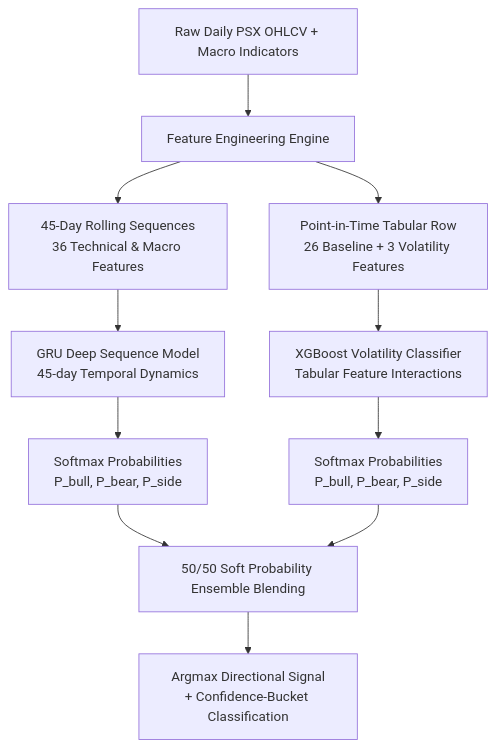
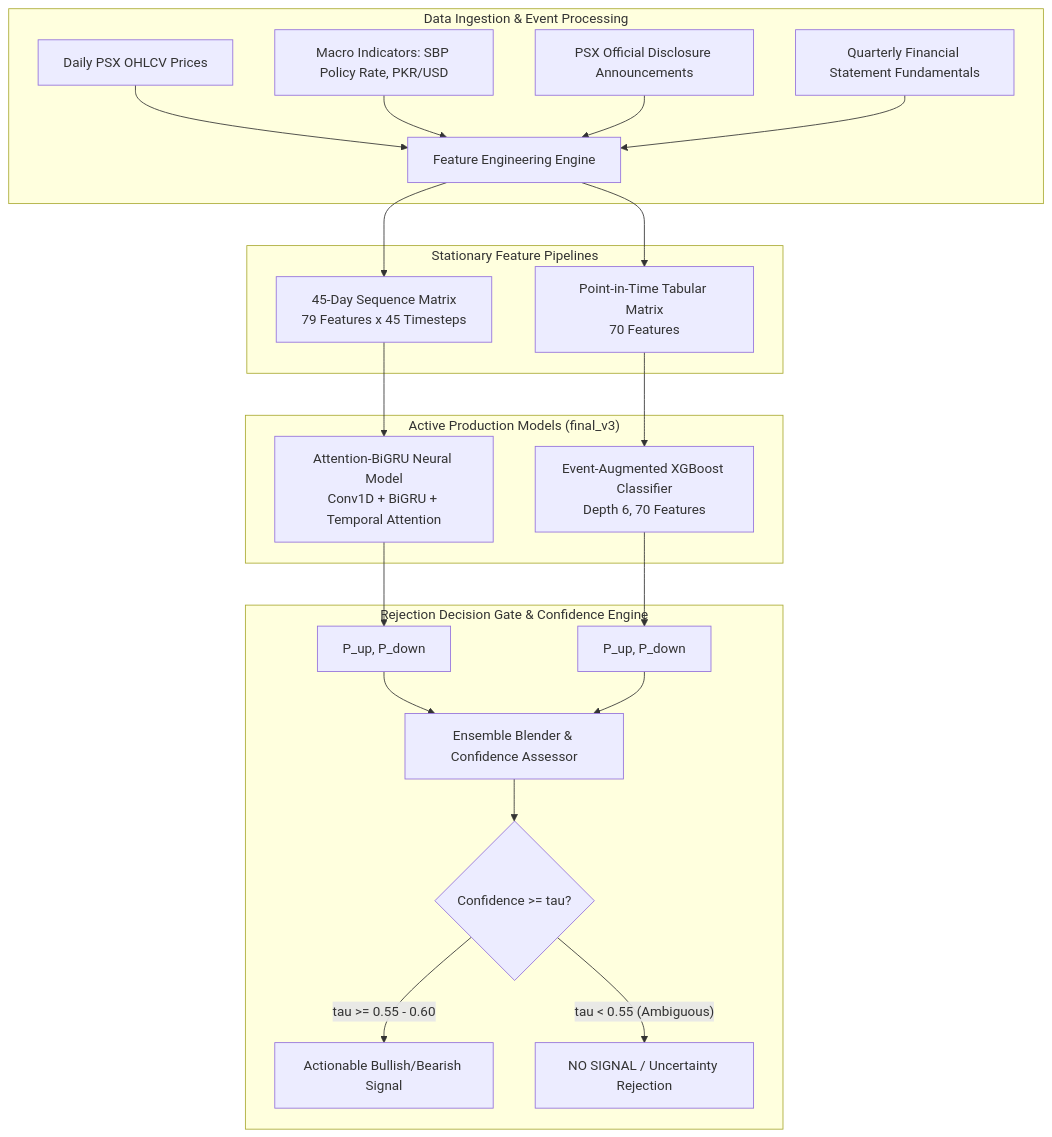
Before and after one commit to iahmedd-k/Basarat-fyp-official: the diagram in backend/docs/model-training.md, drawn with Mermaid. The commit also changed other lines of this file and 107 other files, not shown here.

Commit message:
fix(backend): resolve fundamentals peer sorting 503, bump cache to v12, purge obsolete research/models, and upgrade live swagger auditor

````diff
--- a/backend/docs/model-training.md
+++ b/backend/docs/model-training.md
@@ -31,17 +31,29 @@
 ```mermaid
 flowchart TD
-    A[Raw Daily PSX OHLCV + Macro Indicators] --> B[Feature Engineering Engine]
-    B --> C1[45-Day Rolling Sequences<br/>36 Technical & Macro Features]
-    B --> C2[Point-in-Time Tabular Row<br/>26 Baseline + 3 Volatility Features]
-    
-    C1 --> D1[GRU Deep Sequence Model<br/>45-day Temporal Dynamics]
-    C2 --> D2[XGBoost Volatility Classifier<br/>Tabular Feature Interactions]
-    
-    D1 --> E1[Softmax Probabilities<br/>P_bull, P_bear, P_side]
-    D2 --> E2[Softmax Probabilities<br/>P_bull, P_bear, P_side]
-    
-    E1 --> F[50/50 Soft Probability Ensemble Blending]
-    E2 --> F
-    
-    F --> G[Argmax Directional Signal<br/>+ Confidence-Bucket Classification]
+    subgraph DataIngestion["Data Ingestion & Event Processing"]
+        A1[Daily PSX OHLCV Prices] --> FE[Feature Engineering Engine]
+        A2[Macro Indicators: SBP Policy Rate, PKR/USD] --> FE
+        A3[PSX Official Disclosure Announcements] --> FE
+        A4[Quarterly Financial Statement Fundamentals] --> FE
+    end
+
+    subgraph FeaturePipelines["Stationary Feature Pipelines"]
+        FE --> F1[45-Day Sequence Matrix<br/>79 Features x 45 Timesteps]
+        FE --> F2[Point-in-Time Tabular Matrix<br/>70 Features]
+    end
+
+    subgraph ModelServing["Active Production Models (final_v3)"]
+        F1 --> M1[Attention-BiGRU Neural Model<br/>Conv1D + BiGRU + Temporal Attention]
+        F2 --> M2[Event-Augmented XGBoost Classifier<br/>Depth 6, 70 Features]
+    end
+
+    subgraph DecisionGating["Rejection Decision Gate & Confidence Engine"]
+        M1 --> P1[P_up, P_down]
+        M2 --> P2[P_up, P_down]
+        P1 --> ENS[Ensemble Blender & Confidence Assessor]
+        P2 --> ENS
+        ENS --> G1{Confidence >= tau?}
+        G1 -- "tau >= 0.55 - 0.60" --> SIG[Actionable Bullish/Bearish Signal]
+        G1 -- "tau < 0.55 (Ambiguous)" --> REJ[NO SIGNAL / Uncertainty Rejection]
+    end
 ```
````
